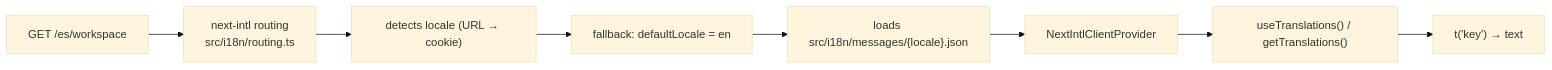
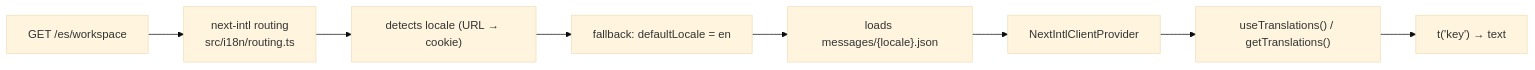
One commit to avallavall/jaot changed the first of 2 diagrams in docs/ARCHITECTURE/03-frontend/04-i18n-flow.md. Above: the diagram before and after it, drawn with Mermaid (base theme). The commit also changed other lines of this file, not shown here.

Commit message:
@ docs(i18n): point the message-file path at where the files are
The i18n architecture doc said translations live in
`frontend/src/i18n/messages/`. That directory holds the next-intl config;
the locale files are in `frontend/messages/`, which is what
`src/i18n/request.ts` imports (`../../messages/${locale}.json`).

Found while reading the admin panel's tab labels during the tour of the
unpushed commits: the documented path simply does not exist. (The same
error in the gitignored frontend/CLAUDE.md was corrected locally.)

Claude-Session: https://claude.ai/code/session_01PEP5wh4NByDawrh2fpFZPB
@

````diff
--- a/docs/ARCHITECTURE/03-frontend/04-i18n-flow.md
+++ b/docs/ARCHITECTURE/03-frontend/04-i18n-flow.md
@@ -7,11 +7,11 @@
 ```mermaid
 flowchart LR
     Req["GET /es/workspace"]
     Req --> Routing["next-intl routing<br/>src/i18n/routing.ts"]
     Routing --> Detect["detects locale (URL → cookie)"]
     Detect --> Fallback["fallback: defaultLocale = en"]
-    Fallback --> Load["loads src/i18n/messages/{locale}.json"]
+    Fallback --> Load["loads messages/{locale}.json"]
     Load --> Provider["NextIntlClientProvider"]
     Provider --> Hook["useTranslations() / getTranslations()"]
     Hook --> Render["t('key') → text"]
 ```
````
